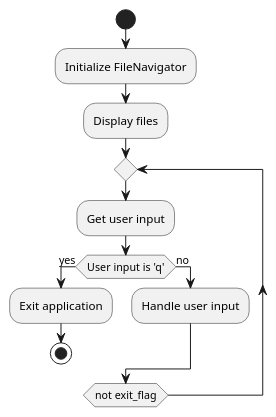
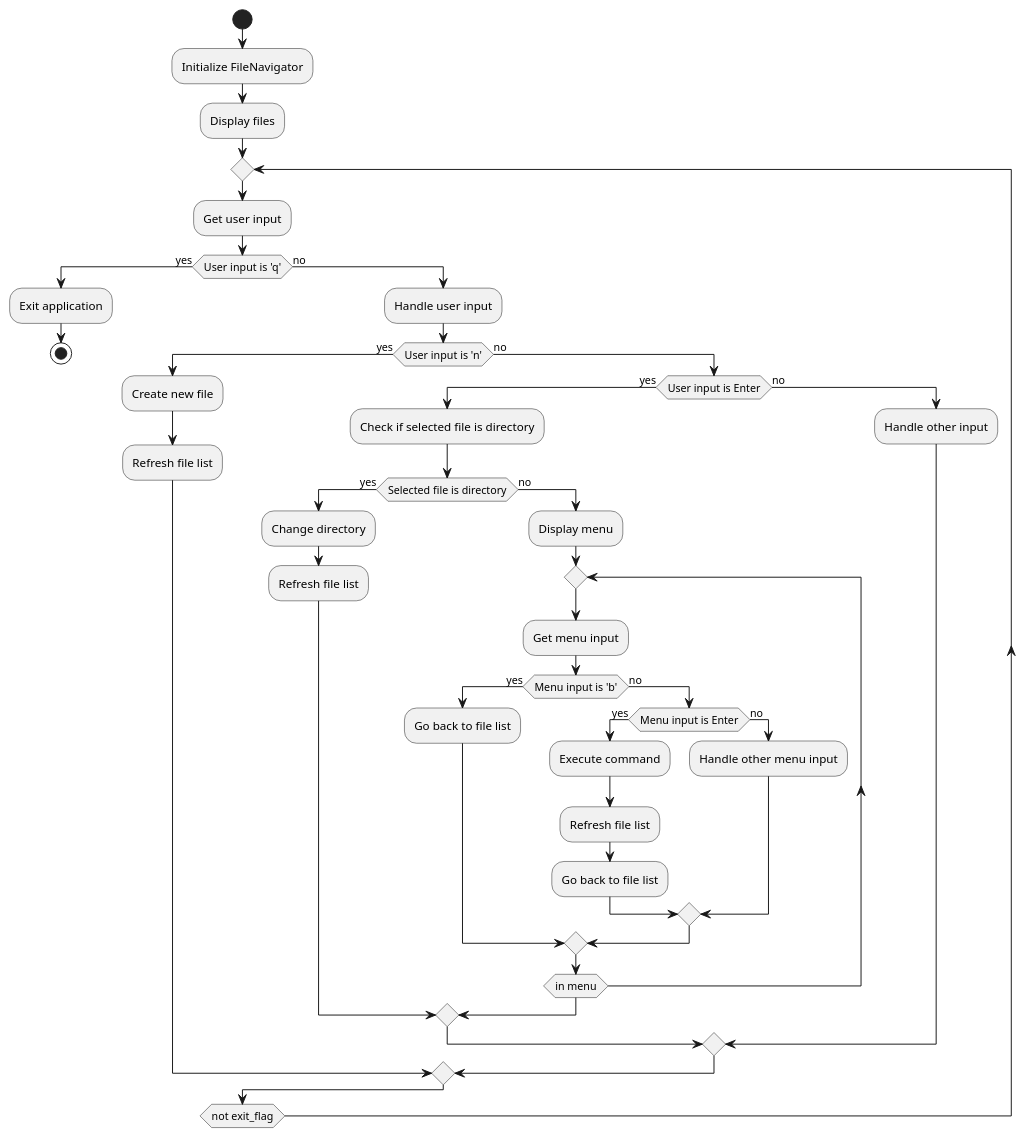
Before and after one commit to fuddt/myCurses: the diagram in docs/activity_diagram.puml, drawn with PlantUML. The commit also changed 2 other files, not shown here.

Commit message:
Add detailed PlantUML diagrams for FileNavigator
---

For more details, open the [Copilot Workspace session](https://copilot-workspace.githubnext.com/fuddt/myCurses?shareId=XXXX-XXXX-XXXX-XXXX).

```diff
--- a/docs/activity_diagram.puml
+++ b/docs/activity_diagram.puml
@@ -1,17 +1,47 @@
 @startuml
 
 start
 
 :Initialize FileNavigator;
 :Display files;
 repeat
     :Get user input;
     if (User input is 'q') then (yes)
         :Exit application;
         stop
     else (no)
         :Handle user input;
+        if (User input is 'n') then (yes)
+            :Create new file;
+            :Refresh file list;
+        else (no)
+            if (User input is Enter) then (yes)
+                :Check if selected file is directory;
+                if (Selected file is directory) then (yes)
+                    :Change directory;
+                    :Refresh file list;
+                else (no)
+                    :Display menu;
+                    repeat
+                        :Get menu input;
+                        if (Menu input is 'b') then (yes)
+                            :Go back to file list;
+                        else (no)
+                            if (Menu input is Enter) then (yes)
+                                :Execute command;
+                                :Refresh file list;
+                                :Go back to file list;
+                            else (no)
+                                :Handle other menu input;
+                            endif
+                        endif
+                    repeat while (in menu)
+                endif
+            else (no)
+                :Handle other input;
+            endif
+        endif
     endif
 repeat while (not exit_flag)
 
 @enduml
```
